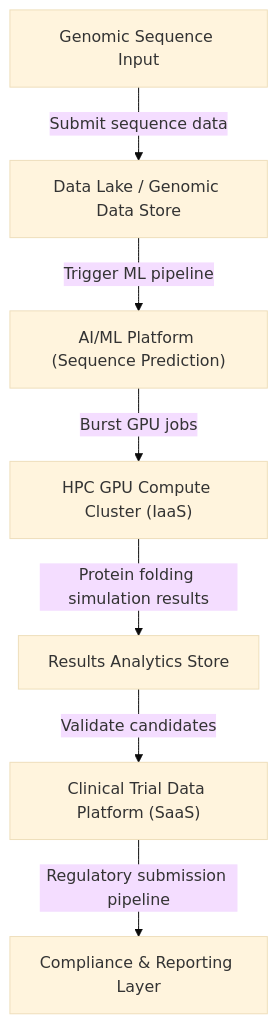
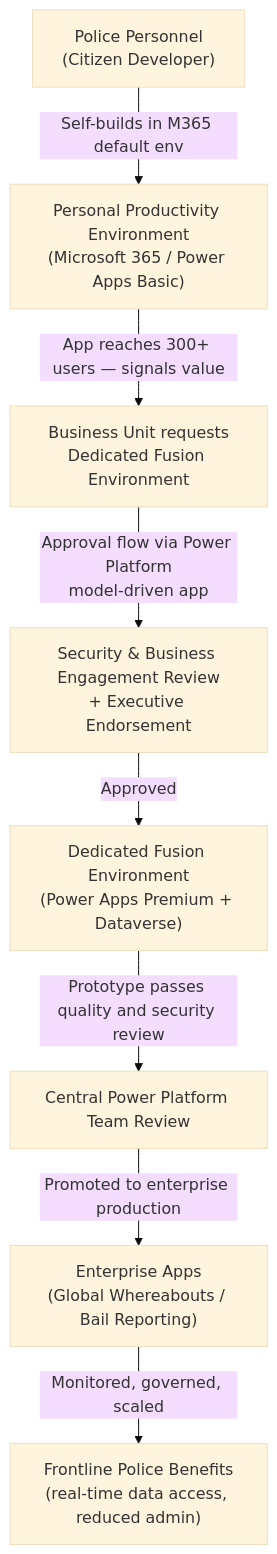
One commit to lfariabr/masters-swe-ai changed the first of 3 diagrams in 2026-T1/CCF/assignments/Assessment2/CCF501_Assessment2_Report_Skeleton.md. Above: the diagram before and after it, drawn with Mermaid (base theme). The commit also changed other lines of this file and 2 other files, not shown here.

````diff
--- a/2026-T1/CCF/assignments/Assessment2/CCF501_Assessment2_Report_Skeleton.md
+++ b/2026-T1/CCF/assignments/Assessment2/CCF501_Assessment2_Report_Skeleton.md
@@ -227,9 +82,10 @@
 ```mermaid
 graph TD
-    A["Genomic Sequence Input"] -->|"Submit sequence data"| B["Data Lake / Genomic Data Store"]
-    B -->|"Trigger ML pipeline"| C["AI/ML Platform (Sequence Prediction)"]
-    C -->|"Burst GPU jobs"| D["HPC GPU Compute Cluster (IaaS)"]
-    D -->|"Protein folding simulation results"| E["Results Analytics Store"]
-    E -->|"Validate candidates"| F["Clinical Trial Data Platform (SaaS)"]
-    F -->|"Regulatory submission pipeline"| G["Compliance & Reporting Layer"]
+    A["Police Personnel<br>(Citizen Developer)"] -->|"Self-builds in M365 default env"| B["Personal Productivity Environment<br>(Microsoft 365 / Power Apps Basic)"]
+    B -->|"App reaches 300+ users — signals value"| C["Business Unit requests<br>Dedicated Fusion Environment"]
+    C -->|"Approval flow via Power Platform<br>model-driven app"| D["Security & Business Engagement Review<br>+ Executive Endorsement"]
+    D -->|"Approved"| E["Dedicated Fusion Environment<br>(Power Apps Premium + Dataverse)"]
+    E -->|"Prototype passes quality and security review"| F["Central Power Platform Team Review"]
+    F -->|"Promoted to enterprise production"| G["Enterprise Apps<br>(Global Whereabouts / Bail Reporting)"]
+    G -->|"Monitored, governed, scaled"| H["Frontline Police Benefits<br>(real-time data access, reduced admin)"]
 ```
````
